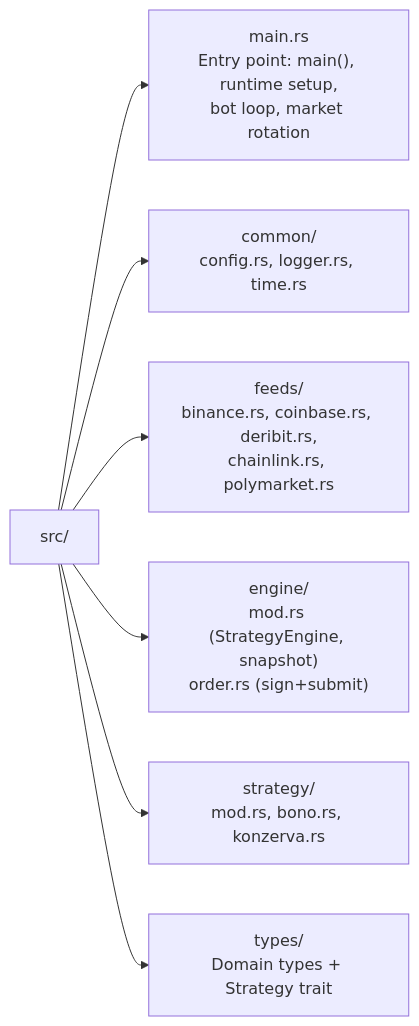
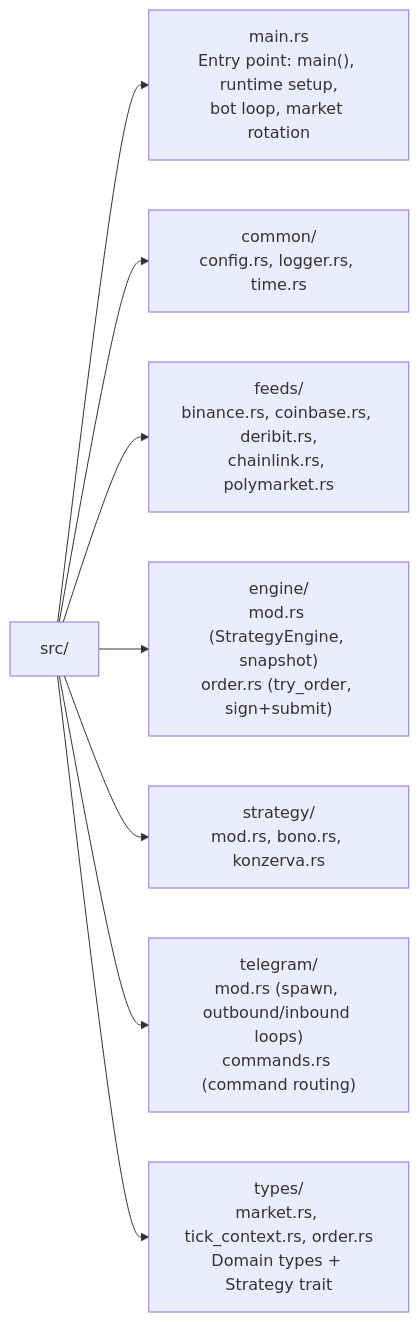
One commit to bbono/serekes changed the second of 3 diagrams in docs/ARCHITECTURE.md. Above: the diagram before and after it, drawn with Mermaid. The commit also changed other lines of this file and 8 other files, not shown here.

````diff
--- a/docs/ARCHITECTURE.md
+++ b/docs/ARCHITECTURE.md
@@ -63,9 +63,10 @@
 ```mermaid
 graph LR
     SRC["src/"] --> MAIN["main.rs<br/>Entry point: main(), runtime setup,<br/>bot loop, market rotation"]
     SRC --> COMMON["common/<br/>config.rs, logger.rs, time.rs"]
     SRC --> FEEDS["feeds/<br/>binance.rs, coinbase.rs, deribit.rs,<br/>chainlink.rs, polymarket.rs"]
-    SRC --> ENG["engine/<br/>mod.rs (StrategyEngine, snapshot)<br/>order.rs (sign+submit)"]
+    SRC --> ENG["engine/<br/>mod.rs (StrategyEngine, snapshot)<br/>order.rs (try_order, sign+submit)"]
     SRC --> STRAT["strategy/<br/>mod.rs, bono.rs, konzerva.rs"]
-    SRC --> TYP["types/<br/>Domain types + Strategy trait"]
+    SRC --> TG["telegram/<br/>mod.rs (spawn, outbound/inbound loops)<br/>commands.rs (command routing)"]
+    SRC --> TYP["types/<br/>market.rs, tick_context.rs, order.rs<br/>Domain types + Strategy trait"]
 ```
````
